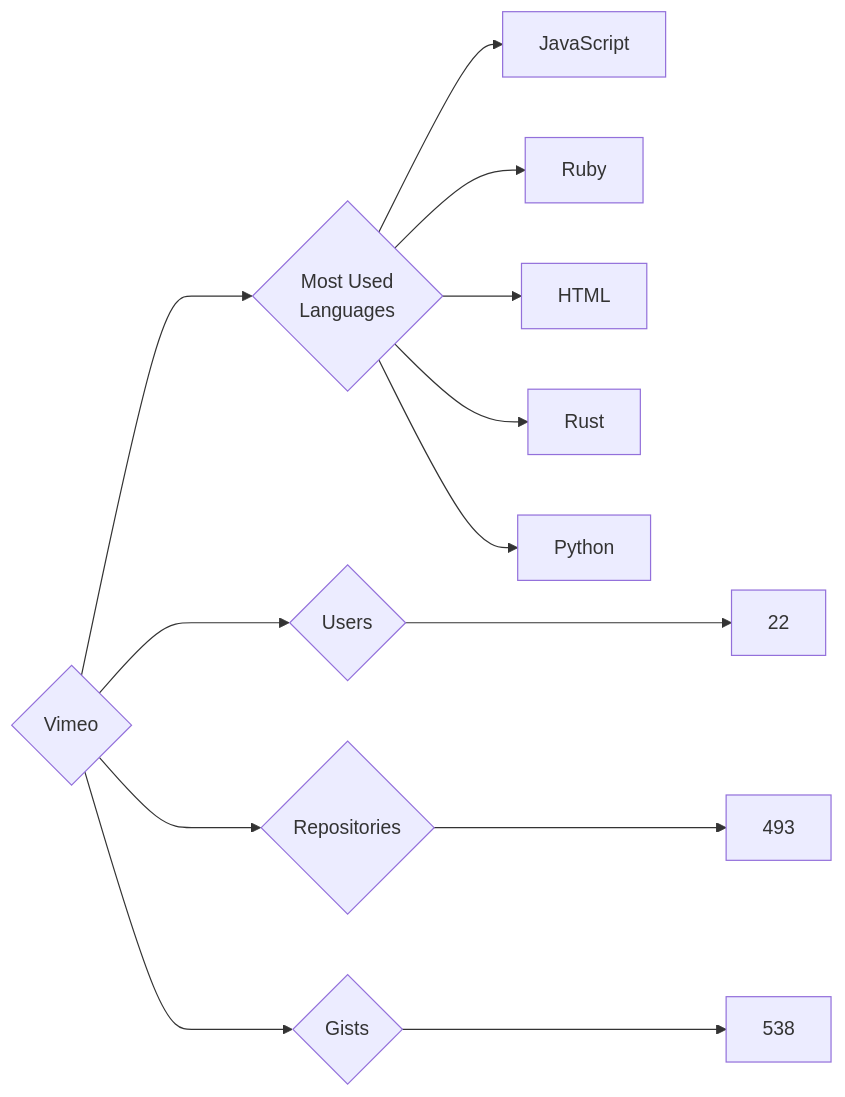
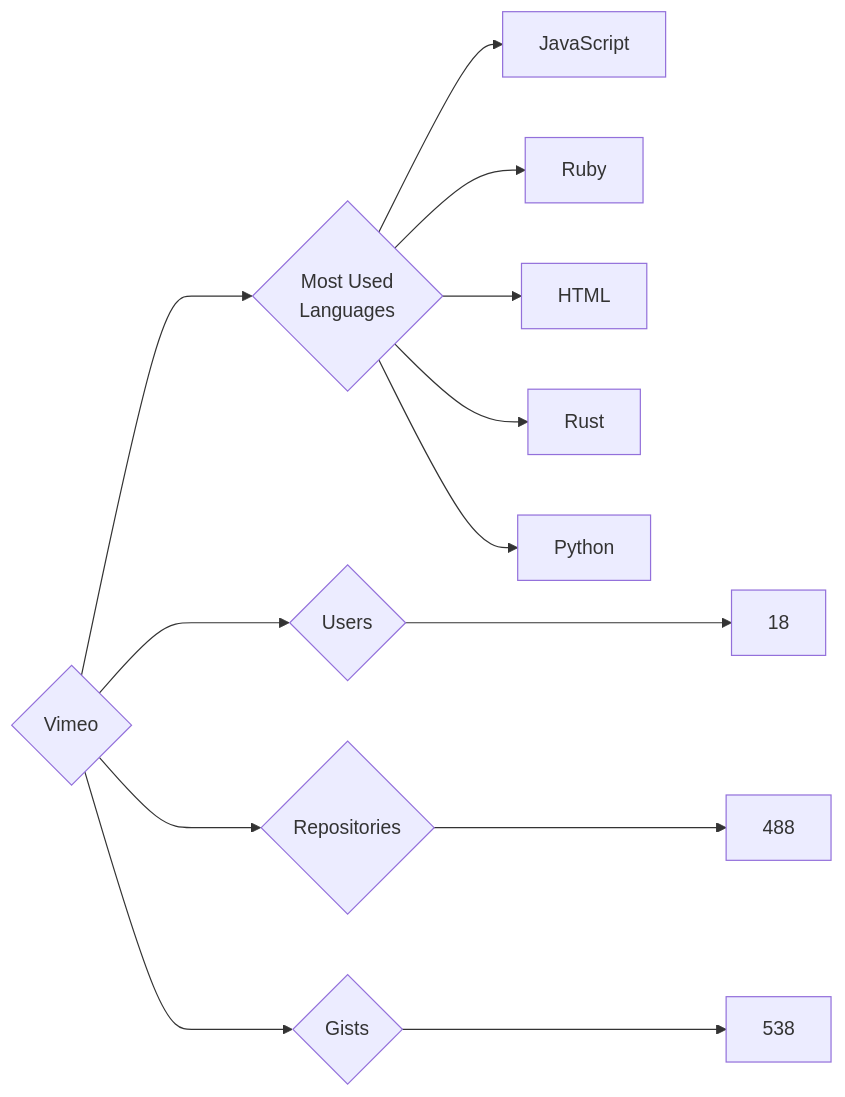
The diagram in targets/Vimeo/README.md (trickest/insiders), drawn with Mermaid before and after one commit. The commit also changed 681 other files, not shown here.

````diff
--- a/targets/Vimeo/README.md
+++ b/targets/Vimeo/README.md
@@ -3,13 +3,13 @@
 ```mermaid
 graph LR
 COMPANY_NAME{Vimeo}
-COMPANY_NAME ---> U{Users} ---> UN[22]
-COMPANY_NAME ---> R{Repositories} ---> RN[493]
+COMPANY_NAME ---> U{Users} ---> UN[18]
+COMPANY_NAME ---> R{Repositories} ---> RN[488]
 COMPANY_NAME ---> G{Gists} ---> GN[538]
 COMPANY_NAME ---> ML{Most Used<br>Languages}
 ML --> JavaScript[JavaScript]
 ML --> Ruby[Ruby]
 ML --> HTML[HTML]
 ML --> Rust[Rust]
 ML --> Python[Python]
 ```
````
